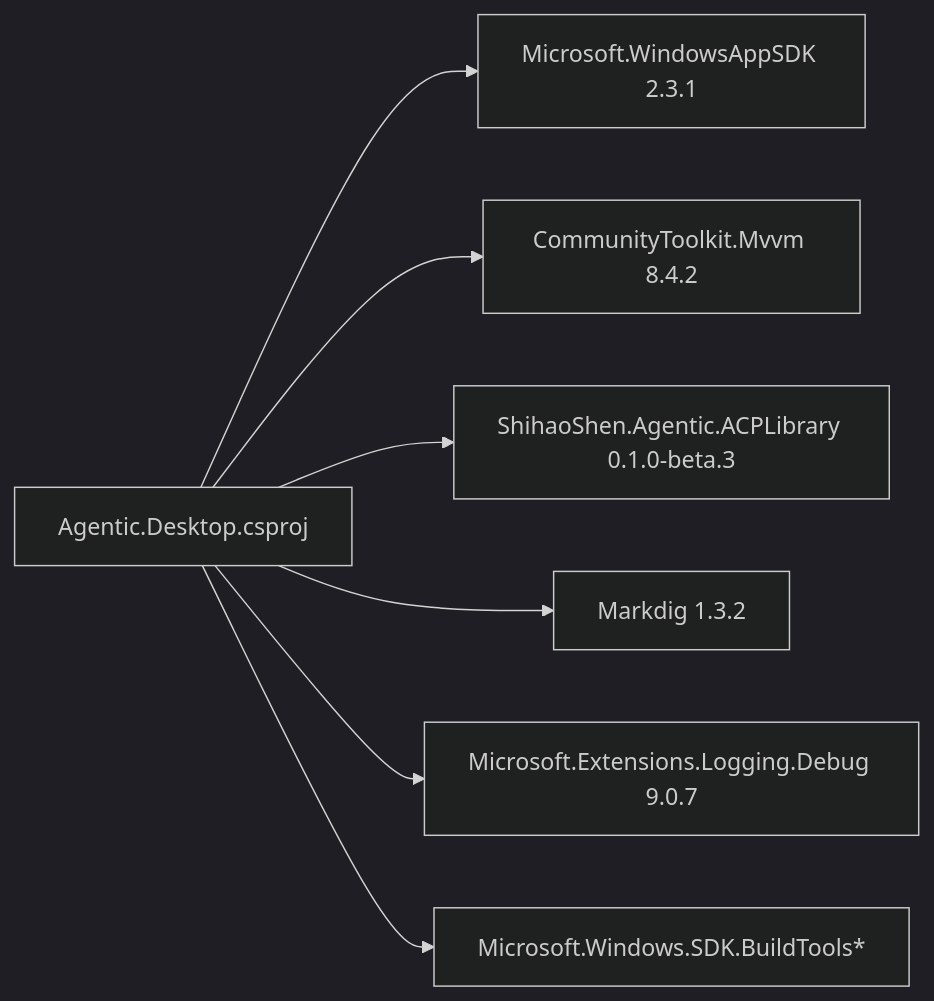
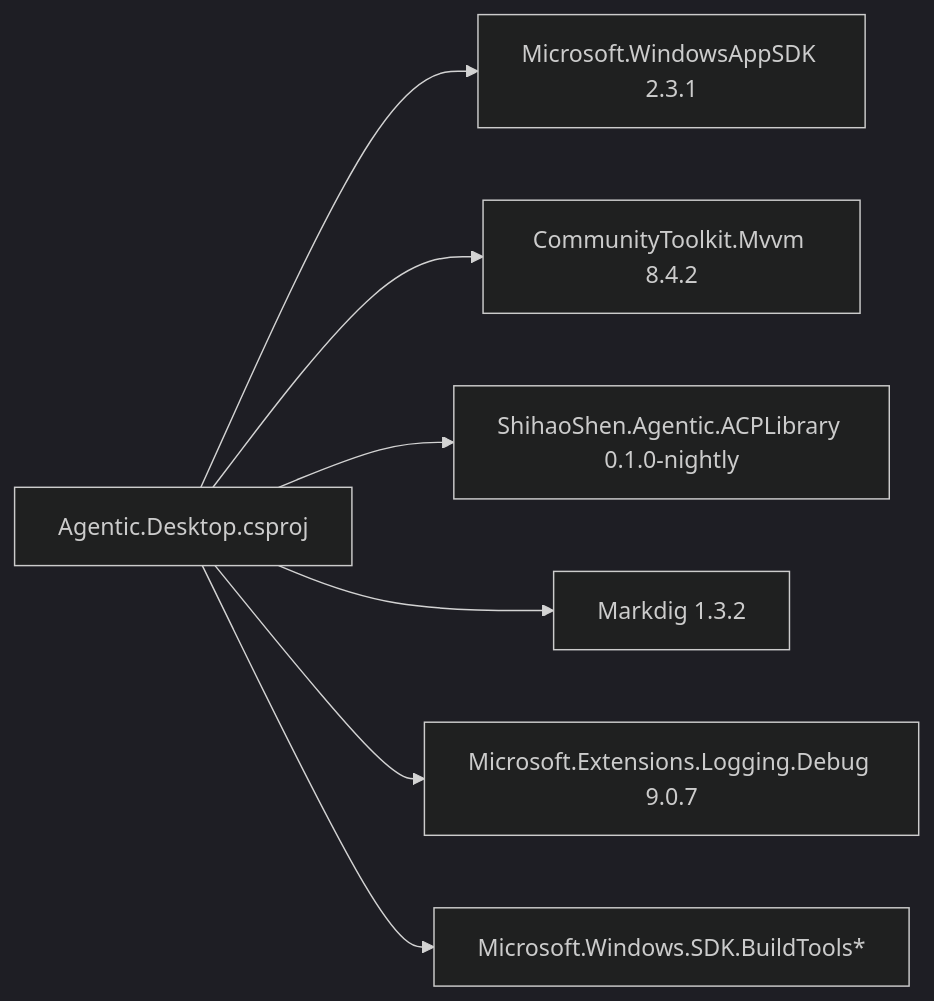
The third of 3 diagrams in .qoder/repowiki/zh/content/开发指南/项目结构/项目配置.md (AgenticDesktop/App), drawn with Mermaid (dark theme) before and after one commit. The commit also changed other lines of this file and 108 other files, not shown here.

````diff
--- a/.qoder/repowiki/zh/content/开发指南/项目结构/项目配置.md
+++ b/.qoder/repowiki/zh/content/开发指南/项目结构/项目配置.md
@@ -223,9 +220,9 @@
 ```mermaid
 graph LR
 Csproj["Agentic.Desktop.csproj"] --> WAP["Microsoft.WindowsAppSDK 2.3.1"]
 Csproj --> CTMVVM["CommunityToolkit.Mvvm 8.4.2"]
-Csproj --> ACPLib["ShihaoShen.Agentic.ACPLibrary 0.1.0-beta.3"]
+Csproj --> ACPLib["ShihaoShen.Agentic.ACPLibrary 0.1.0-nightly"]
 Csproj --> MD["Markdig 1.3.2"]
 Csproj --> Log["Microsoft.Extensions.Logging.Debug 9.0.7"]
 Csproj --> SDKTools["Microsoft.Windows.SDK.BuildTools*"]
 ```
````
